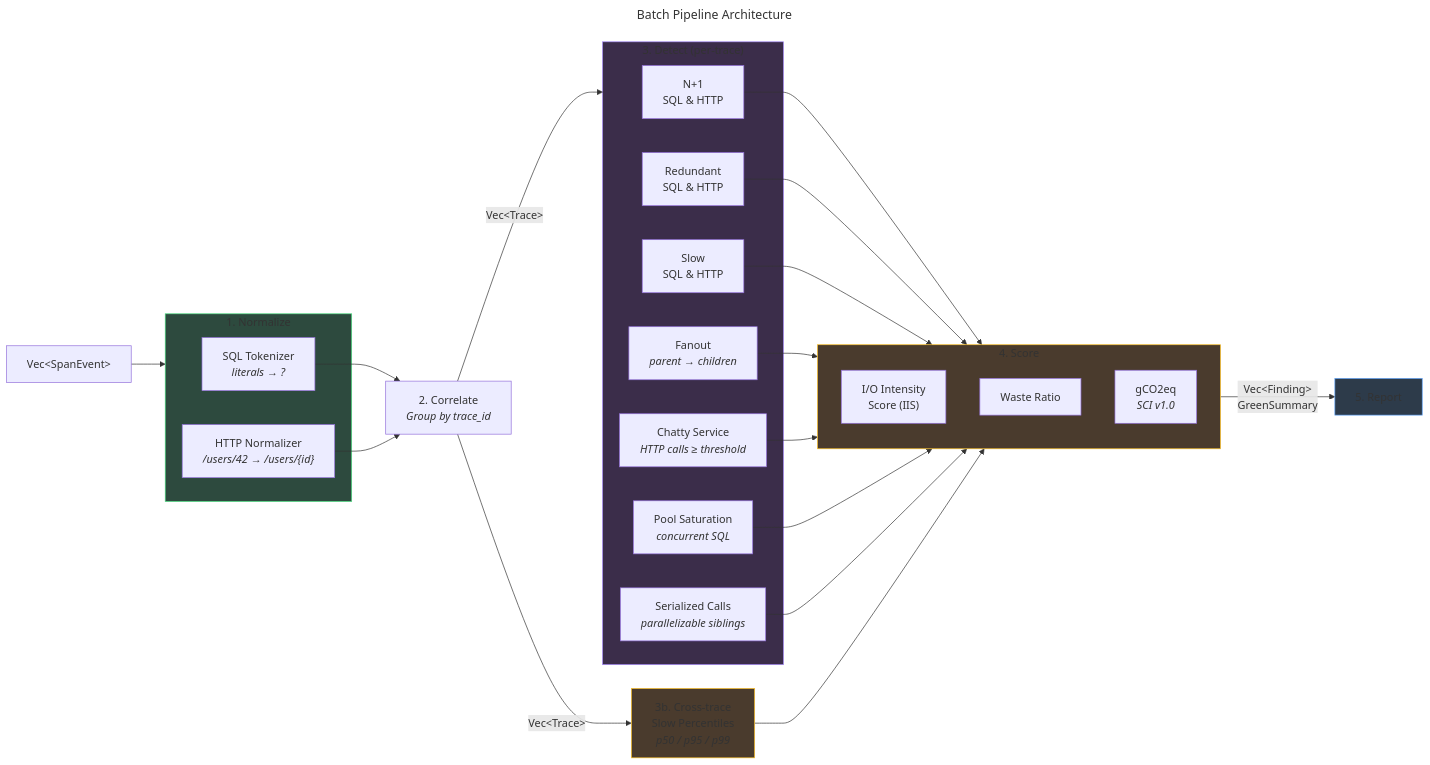
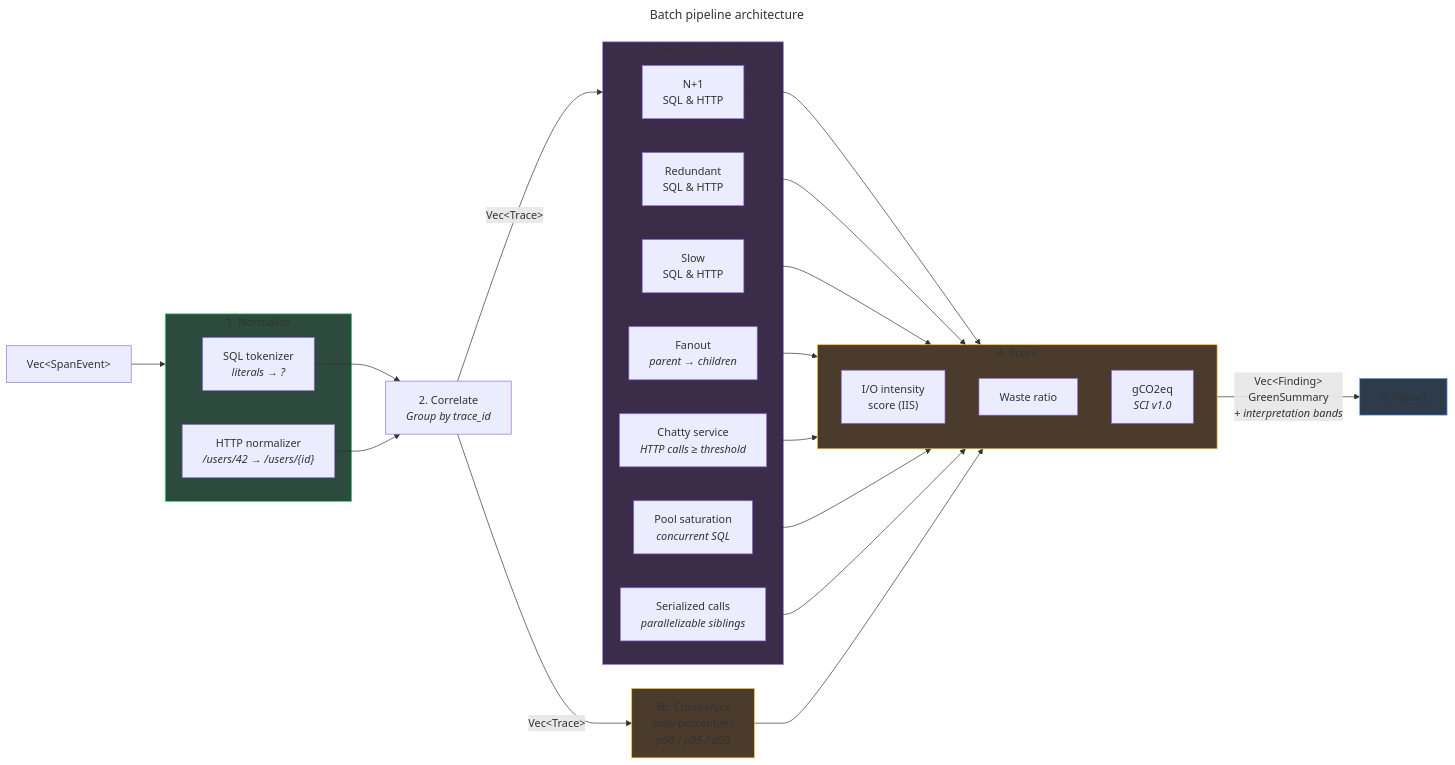
Before and after one commit to robintra/perf-sentinel: the diagram in docs/diagrams/mmd/pipeline.mmd, drawn with Mermaid. The commit also changed 94 other files, not shown here.

```diff
--- a/docs/diagrams/mmd/pipeline.mmd
+++ b/docs/diagrams/mmd/pipeline.mmd
@@ -1,53 +1,53 @@
 ---
-title: Batch Pipeline Architecture
+title: Batch pipeline architecture
 ---
 flowchart LR
     input["Vec&lt;SpanEvent&gt;"]
 
     subgraph normalize["1. Normalize"]
-        sql["SQL Tokenizer<br/><i>literals &rarr; ?</i>"]
-        http["HTTP Normalizer<br/><i>/users/42 &rarr; /users/{id}</i>"]
+        sql["SQL tokenizer<br/><i>literals &rarr; ?</i>"]
+        http["HTTP normalizer<br/><i>/users/42 &rarr; /users/{id}</i>"]
     end
 
     correlate["2. Correlate<br/><i>Group by trace_id</i>"]
 
     subgraph detect["3. Detect (per-trace)"]
         npo["N+1<br/>SQL &amp; HTTP"]
         red["Redundant<br/>SQL &amp; HTTP"]
         slow["Slow<br/>SQL &amp; HTTP"]
         fan["Fanout<br/><i>parent &rarr; children</i>"]
-        chatty["Chatty Service<br/><i>HTTP calls &ge; threshold</i>"]
-        pool["Pool Saturation<br/><i>concurrent SQL</i>"]
-        serial["Serialized Calls<br/><i>parallelizable siblings</i>"]
+        chatty["Chatty service<br/><i>HTTP calls &ge; threshold</i>"]
+        pool["Pool saturation<br/><i>concurrent SQL</i>"]
+        serial["Serialized calls<br/><i>parallelizable siblings</i>"]
     end
 
-    cross["3b. Cross-trace<br/>Slow Percentiles<br/><i>p50 / p95 / p99</i>"]
+    cross["3b. Cross-trace<br/>slow percentiles<br/><i>p50 / p95 / p99</i>"]
 
     subgraph score["4. Score"]
-        iis["I/O Intensity<br/>Score (IIS)"]
-        waste["Waste Ratio"]
+        iis["I/O intensity<br/>score (IIS)"]
+        waste["Waste ratio"]
         co2["gCO2eq<br/><i>SCI v1.0</i>"]
     end
 
     report["5. Report"]
 
     input --> normalize
     sql --> correlate
     http --> correlate
     correlate -- "Vec&lt;Trace&gt;" --> detect
     correlate -- "Vec&lt;Trace&gt;" --> cross
     npo --> score
     red --> score
     slow --> score
     fan --> score
     chatty --> score
     pool --> score
     serial --> score
     cross --> score
-    score -- "Vec&lt;Finding&gt;<br/>GreenSummary" --> report
+    score -- "Vec&lt;Finding&gt;<br/>GreenSummary<br/><i>+ interpretation bands</i>" --> report
 
     style normalize fill:#2d4a3e,stroke:#4ade80
     style detect fill:#3b2d4a,stroke:#a78bfa
     style cross fill:#4a3b2d,stroke:#fbbf24
     style score fill:#4a3b2d,stroke:#fbbf24
     style report fill:#2d3b4a,stroke:#60a5fa
```
